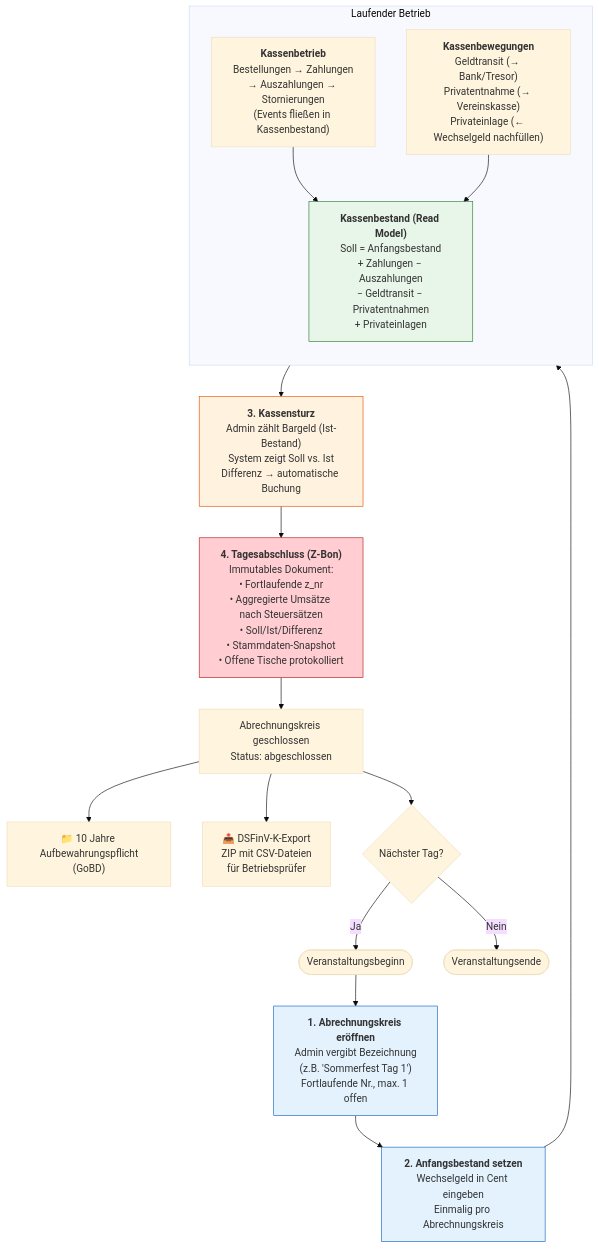
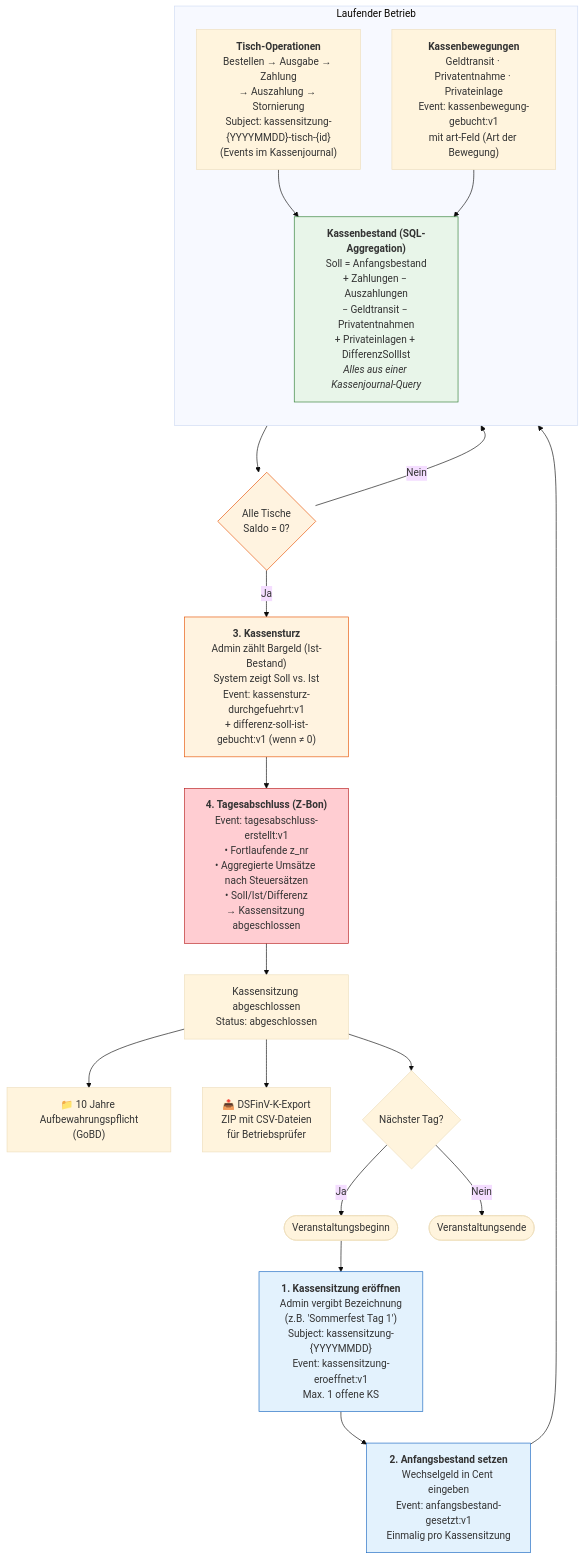
Before and after one commit to nicograef/jotti: the ninth of 19 diagrams in docs/diagrams.md, drawn with Mermaid (base theme). The commit also changed other lines of this file and 16 other files, not shown here.

````diff
--- a/docs/diagrams.md
+++ b/docs/diagrams.md
@@ -348,41 +381,46 @@
 ```mermaid
 flowchart TD
     Start([Veranstaltungsbeginn])
 
-    Start --> AK["<b>1. Abrechnungskreis eröffnen</b><br/>Admin vergibt Bezeichnung<br/>(z.B. 'Sommerfest Tag 1')<br/>Fortlaufende Nr., max. 1 offen"]
+    Start --> KS["<b>1. Kassensitzung eröffnen</b><br/>Admin vergibt Bezeichnung<br/>(z.B. 'Sommerfest Tag 1')<br/>Subject: kassensitzung-{YYYYMMDD}<br/>Event: kassensitzung-eroeffnet:v1<br/>Max. 1 offene KS"]
 
-    AK --> AB["<b>2. Anfangsbestand setzen</b><br/>Wechselgeld in Cent eingeben<br/>Einmalig pro Abrechnungskreis"]
+    KS --> AB["<b>2. Anfangsbestand setzen</b><br/>Wechselgeld in Cent eingeben<br/>Event: anfangsbestand-gesetzt:v1<br/>Einmalig pro Kassensitzung"]
 
     AB --> Betrieb
 
     subgraph Betrieb ["Laufender Betrieb"]
         direction TB
-        KB["<b>Kassenbetrieb</b><br/>Bestellungen → Zahlungen<br/>→ Auszahlungen → Stornierungen<br/>(Events fließen in Kassenbestand)"]
+        KB["<b>Tisch-Operationen</b><br/>Bestellen → Ausgabe → Zahlung<br/>→ Auszahlung → Stornierung<br/>Subject: kassensitzung-{YYYYMMDD}-tisch-{id}<br/>(Events im Kassenjournal)"]
 
-        BW["<b>Kassenbewegungen</b><br/>Geldtransit (→ Bank/Tresor)<br/>Privatentnahme (→ Vereinskasse)<br/>Privateinlage (← Wechselgeld nachfüllen)"]
+        BW["<b>Kassenbewegungen</b><br/>Geldtransit · Privatentnahme · Privateinlage<br/>Event: kassenbewegung-gebucht:v1<br/>mit art-Feld (Art der Bewegung)"]
 
-        Bestand["<b>Kassenbestand (Read Model)</b><br/>Soll = Anfangsbestand<br/>+ Zahlungen − Auszahlungen<br/>− Geldtransit − Privatentnahmen<br/>+ Privateinlagen"]
+        Bestand["<b>Kassenbestand (SQL-Aggregation)</b><br/>Soll = Anfangsbestand<br/>+ Zahlungen − Auszahlungen<br/>− Geldtransit − Privatentnahmen<br/>+ Privateinlagen + DifferenzSollIst<br/><i>Alles aus einer Kassenjournal-Query</i>"]
 
         KB --> Bestand
         BW --> Bestand
     end
 
-    Betrieb --> KS["<b>3. Kassensturz</b><br/>Admin zählt Bargeld (Ist-Bestand)<br/>System zeigt Soll vs. Ist<br/>Differenz → automatische Buchung"]
+    Betrieb --> Saldo{"Alle Tische<br/>Saldo = 0?"}
+    Saldo -->|Nein| Betrieb
+    Saldo -->|Ja| KSturz
 
-    KS --> ZBon["<b>4. Tagesabschluss (Z-Bon)</b><br/>Immutables Dokument:<br/>• Fortlaufende z_nr<br/>• Aggregierte Umsätze nach Steuersätzen<br/>• Soll/Ist/Differenz<br/>• Stammdaten-Snapshot<br/>• Offene Tische protokolliert"]
+    KSturz["<b>3. Kassensturz</b><br/>Admin zählt Bargeld (Ist-Bestand)<br/>System zeigt Soll vs. Ist<br/>Event: kassensturz-durchgefuehrt:v1<br/>+ differenz-soll-ist-gebucht:v1 (wenn ≠ 0)"]
 
-    ZBon --> Close["Abrechnungskreis geschlossen<br/>Status: abgeschlossen"]
+    KSturz --> ZBon["<b>4. Tagesabschluss (Z-Bon)</b><br/>Event: tagesabschluss-erstellt:v1<br/>• Fortlaufende z_nr<br/>• Aggregierte Umsätze nach Steuersätzen<br/>• Soll/Ist/Differenz<br/>→ Kassensitzung abgeschlossen"]
+
+    ZBon --> Close["Kassensitzung abgeschlossen<br/>Status: abgeschlossen"]
 
     Close --> Aufbewahrung["📁 10 Jahre Aufbewahrungspflicht<br/>(GoBD)"]
     Close --> Export["📤 DSFinV-K-Export<br/>ZIP mit CSV-Dateien<br/>für Betriebsprüfer"]
     Close --> Nächster{Nächster Tag?}
 
     Nächster -->|Ja| Start
     Nächster -->|Nein| Ende([Veranstaltungsende])
 
-    style AK fill:#e3f2fd,stroke:#1565c0
+    style KS fill:#e3f2fd,stroke:#1565c0
     style AB fill:#e3f2fd,stroke:#1565c0
-    style KS fill:#fff3e0,stroke:#e65100
+    style Saldo fill:#fff3e0,stroke:#e65100
+    style KSturz fill:#fff3e0,stroke:#e65100
     style ZBon fill:#ffcdd2,stroke:#b71c1c
     style Bestand fill:#e8f5e9,stroke:#2e7d32
 ```
````
